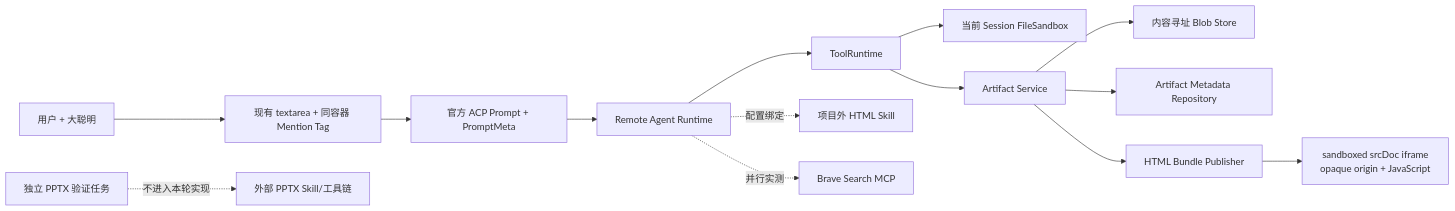
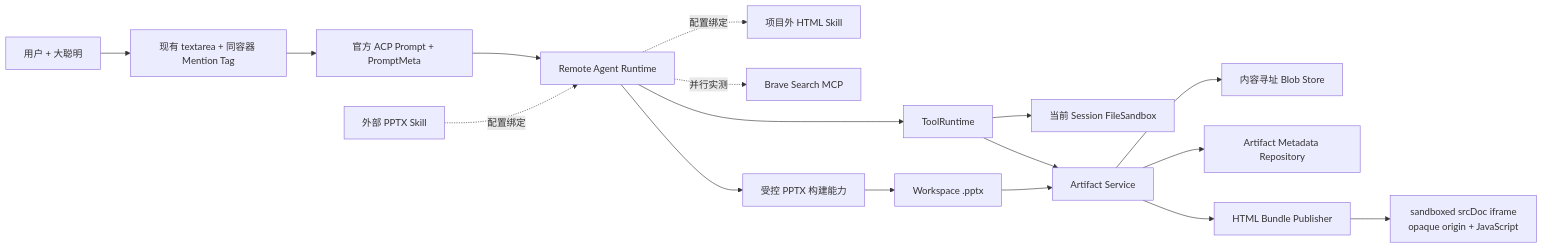
Before and after one commit to bambibren/Models-Kindergarten: the first of 2 diagrams in product/产物与HTML-PPT生成链路升级-202608171455/产物与HTML-PPT生成链路升级-trd.md, drawn with Mermaid. The commit also changed other lines of this file and 16 other files, not shown here.

````diff
--- a/product/产物与HTML-PPT生成链路升级-202608171455/产物与HTML-PPT生成链路升级-trd.md
+++ b/product/产物与HTML-PPT生成链路升级-202608171455/产物与HTML-PPT生成链路升级-trd.md
@@ -168,17 +169,20 @@
 ```mermaid
 flowchart LR
     U["用户 + 大聪明"] --> C["现有 textarea + 同容器 Mention Tag"]
     C --> A["官方 ACP Prompt + PromptMeta"]
     A --> R["Remote Agent Runtime"]
     R --> T["ToolRuntime"]
     T --> F["当前 Session FileSandbox"]
     T --> AR["Artifact Service"]
     AR --> BS["内容寻址 Blob Store"]
     AR --> MR["Artifact Metadata Repository"]
     AR --> HP["HTML Bundle Publisher"]
     HP --> I["sandboxed srcDoc iframe<br/>opaque origin + JavaScript"]
 
     R -. "配置绑定" .-> ES["项目外 HTML Skill"]
     R -. "并行实测" .-> BM["Brave Search MCP"]
-    PT["独立 PPTX 验证任务"] -. "不进入本轮实现" .-> XP["外部 PPTX Skill/工具链"]
+    R --> PB["受控 PPTX 构建能力"]
+    PB --> PF["Workspace .pptx"]
+    PF --> AR
+    PT["外部 PPTX Skill"] -. "配置绑定" .-> R
 ```
````
